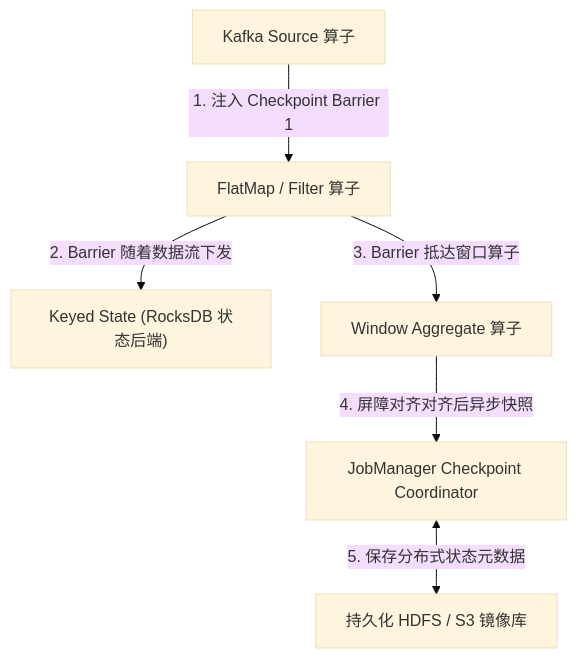
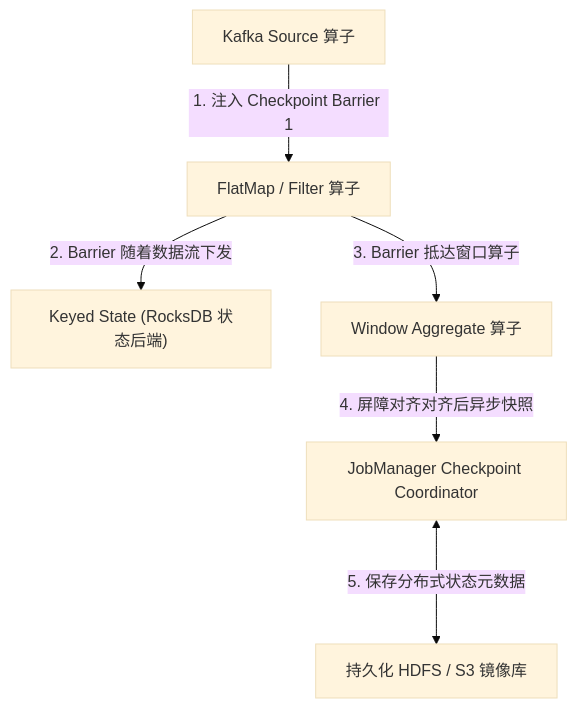
The first of 7 diagrams in docs/atlas/flink.mdx (koosai/AI-Architect-Learning), drawn with Mermaid (base theme) before and after one commit. The commit also changed other lines of this file and 68 other files, not shown here.

Commit message:
fix(atlas): fix browser client-side Mermaid rendering for mindmaps and flowcharts across 67 case studies

````diff
--- a/docs/atlas/flink.mdx
+++ b/docs/atlas/flink.mdx
@@ -48,10 +48,10 @@
 ```mermaid
 graph TD
   Source["Kafka Source 算子"] -->|1. 注入 Checkpoint Barrier 1| OperatorA["FlatMap / Filter 算子"]
   
   OperatorA -->|2. Barrier 随着数据流下发| StateEngine["Keyed State (RocksDB 状态后端)"]
   OperatorA -->|3. Barrier 抵达窗口算子| WindowOp["Window Aggregate 算子"]
   
   WindowOp -->|4. 屏障对齐对齐后异步快照| JobManagerCoordinator["JobManager Checkpoint Coordinator"]
-  JobManagerCoordinator <-->|5. 保存分布式状态元数据| DistributedStorage["持久化 HDFS / S3 镜像库"]
+  JobManagerCoordinator <--->|5. 保存分布式状态元数据| DistributedStorage["持久化 HDFS / S3 镜像库"]
 ```
````
